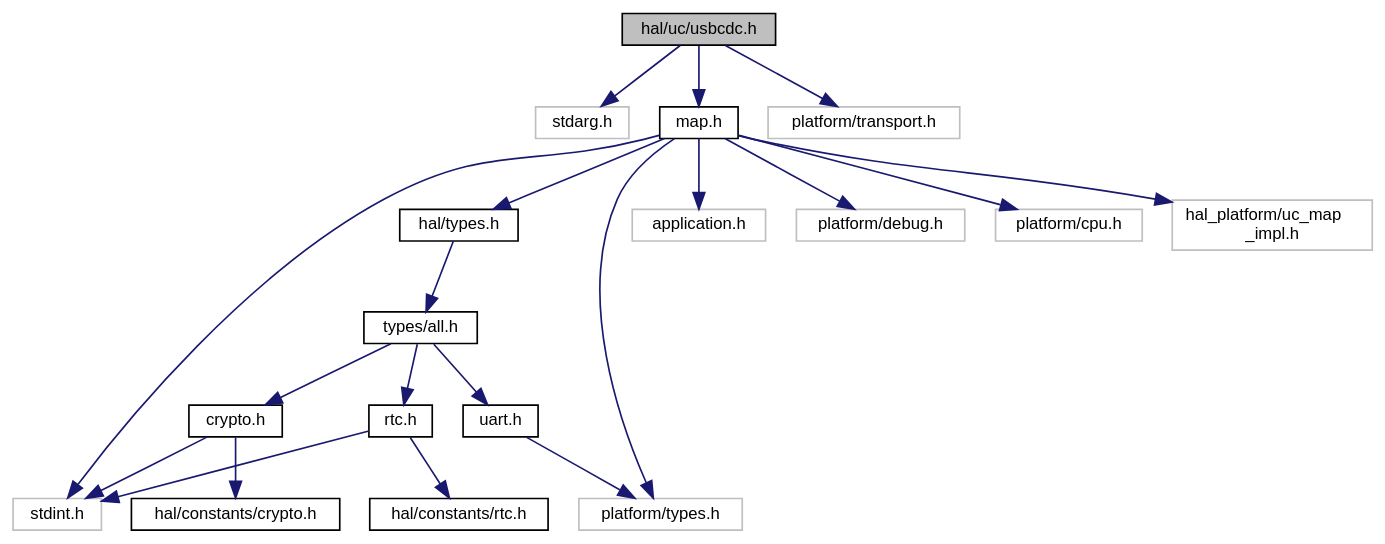
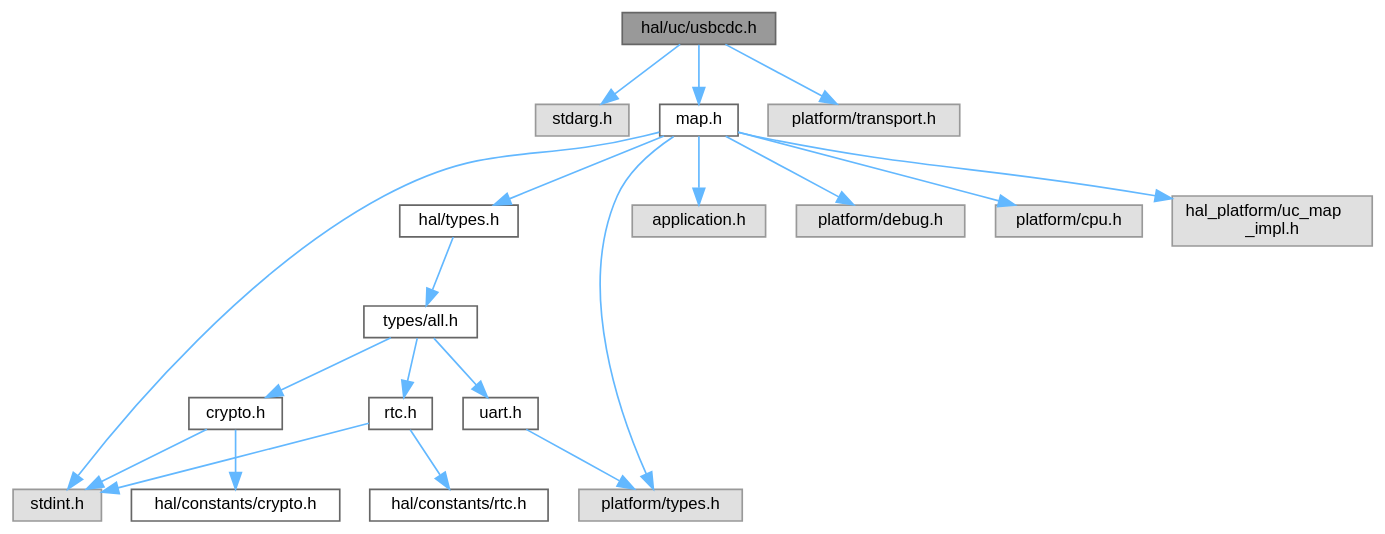
One commit to ebs-universe/piolib-hal-uc changed the diagram in usbcdc_8h__incl.dot. Above: the diagram before and after it, drawn with Graphviz. The commit also changed 565 other files, not shown here.

```diff
--- a/usbcdc_8h__incl.dot
+++ b/usbcdc_8h__incl.dot
@@ -1,44 +1,44 @@
 digraph "hal/uc/usbcdc.h"
 {
  // INTERACTIVE_SVG=YES
  // LATEX_PDF_SIZE
   bgcolor="transparent";
-  edge [fontname="Helvetica",fontsize="10",labelfontname="Helvetica",labelfontsize="10"];
-  node [fontname="Helvetica",fontsize="10",shape=record];
-  Node1 [label="hal/uc/usbcdc.h",height=0.2,width=0.4,color="black", fillcolor="grey75", style="filled", fontcolor="black",tooltip="HAL for USB CDC interface."];
-  Node1 -> Node2 [color="midnightblue",fontsize="10",style="solid",fontname="Helvetica"];
-  Node2 [label="stdarg.h",height=0.2,width=0.4,color="grey75",tooltip=" "];
-  Node1 -> Node3 [color="midnightblue",fontsize="10",style="solid",fontname="Helvetica"];
-  Node3 [label="map.h",height=0.2,width=0.4,color="black",URL="$map_8h.html",tooltip="HAL for uC Peripheral Map."];
-  Node3 -> Node4 [color="midnightblue",fontsize="10",style="solid",fontname="Helvetica"];
-  Node4 [label="stdint.h",height=0.2,width=0.4,color="grey75",tooltip=" "];
-  Node3 -> Node5 [color="midnightblue",fontsize="10",style="solid",fontname="Helvetica"];
-  Node5 [label="platform/types.h",height=0.2,width=0.4,color="grey75",tooltip=" "];
-  Node3 -> Node6 [color="midnightblue",fontsize="10",style="solid",fontname="Helvetica"];
-  Node6 [label="hal/types.h",height=0.2,width=0.4,color="black",URL="$types_8h.html",tooltip=" "];
-  Node6 -> Node7 [color="midnightblue",fontsize="10",style="solid",fontname="Helvetica"];
-  Node7 [label="types/all.h",height=0.2,width=0.4,color="black",URL="$types_2all_8h.html",tooltip=" "];
-  Node7 -> Node8 [color="midnightblue",fontsize="10",style="solid",fontname="Helvetica"];
-  Node8 [label="crypto.h",height=0.2,width=0.4,color="black",URL="$types_2crypto_8h.html",tooltip=" "];
-  Node8 -> Node4 [color="midnightblue",fontsize="10",style="solid",fontname="Helvetica"];
-  Node8 -> Node9 [color="midnightblue",fontsize="10",style="solid",fontname="Helvetica"];
-  Node9 [label="hal/constants/crypto.h",height=0.2,width=0.4,color="black",URL="$constants_2crypto_8h.html",tooltip=" "];
-  Node7 -> Node10 [color="midnightblue",fontsize="10",style="solid",fontname="Helvetica"];
-  Node10 [label="rtc.h",height=0.2,width=0.4,color="black",URL="$types_2rtc_8h.html",tooltip=" "];
-  Node10 -> Node4 [color="midnightblue",fontsize="10",style="solid",fontname="Helvetica"];
-  Node10 -> Node11 [color="midnightblue",fontsize="10",style="solid",fontname="Helvetica"];
-  Node11 [label="hal/constants/rtc.h",height=0.2,width=0.4,color="black",URL="$constants_2rtc_8h.html",tooltip=" "];
-  Node7 -> Node12 [color="midnightblue",fontsize="10",style="solid",fontname="Helvetica"];
-  Node12 [label="uart.h",height=0.2,width=0.4,color="black",URL="$types_2uart_8h.html",tooltip=" "];
-  Node12 -> Node5 [color="midnightblue",fontsize="10",style="solid",fontname="Helvetica"];
-  Node3 -> Node13 [color="midnightblue",fontsize="10",style="solid",fontname="Helvetica"];
-  Node13 [label="application.h",height=0.2,width=0.4,color="grey75",tooltip=" "];
-  Node3 -> Node14 [color="midnightblue",fontsize="10",style="solid",fontname="Helvetica"];
-  Node14 [label="platform/debug.h",height=0.2,width=0.4,color="grey75",tooltip=" "];
-  Node3 -> Node15 [color="midnightblue",fontsize="10",style="solid",fontname="Helvetica"];
-  Node15 [label="platform/cpu.h",height=0.2,width=0.4,color="grey75",tooltip=" "];
-  Node3 -> Node16 [color="midnightblue",fontsize="10",style="solid",fontname="Helvetica"];
-  Node16 [label="hal_platform/uc_map\l_impl.h",height=0.2,width=0.4,color="grey75",tooltip=" "];
-  Node1 -> Node17 [color="midnightblue",fontsize="10",style="solid",fontname="Helvetica"];
-  Node17 [label="platform/transport.h",height=0.2,width=0.4,color="grey75",tooltip=" "];
+  edge [fontname=Helvetica,fontsize=10,labelfontname=Helvetica,labelfontsize=10];
+  node [fontname=Helvetica,fontsize=10,shape=box,height=0.2,width=0.4];
+  Node1 [id="Node000001",label="hal/uc/usbcdc.h",height=0.2,width=0.4,color="gray40", fillcolor="grey60", style="filled", fontcolor="black",tooltip="HAL for USB CDC interface."];
+  Node1 -> Node2 [id="edge1_Node000001_Node000002",color="steelblue1",style="solid",tooltip=" "];
+  Node2 [id="Node000002",label="stdarg.h",height=0.2,width=0.4,color="grey60", fillcolor="#E0E0E0", style="filled",tooltip=" "];
+  Node1 -> Node3 [id="edge2_Node000001_Node000003",color="steelblue1",style="solid",tooltip=" "];
+  Node3 [id="Node000003",label="map.h",height=0.2,width=0.4,color="grey40", fillcolor="white", style="filled",URL="$map_8h.html",tooltip="HAL for uC Peripheral Map."];
+  Node3 -> Node4 [id="edge3_Node000003_Node000004",color="steelblue1",style="solid",tooltip=" "];
+  Node4 [id="Node000004",label="stdint.h",height=0.2,width=0.4,color="grey60", fillcolor="#E0E0E0", style="filled",tooltip=" "];
+  Node3 -> Node5 [id="edge4_Node000003_Node000005",color="steelblue1",style="solid",tooltip=" "];
+  Node5 [id="Node000005",label="platform/types.h",height=0.2,width=0.4,color="grey60", fillcolor="#E0E0E0", style="filled",tooltip=" "];
+  Node3 -> Node6 [id="edge5_Node000003_Node000006",color="steelblue1",style="solid",tooltip=" "];
+  Node6 [id="Node000006",label="hal/types.h",height=0.2,width=0.4,color="grey40", fillcolor="white", style="filled",URL="$types_8h.html",tooltip=" "];
+  Node6 -> Node7 [id="edge6_Node000006_Node000007",color="steelblue1",style="solid",tooltip=" "];
+  Node7 [id="Node000007",label="types/all.h",height=0.2,width=0.4,color="grey40", fillcolor="white", style="filled",URL="$types_2all_8h.html",tooltip=" "];
+  Node7 -> Node8 [id="edge7_Node000007_Node000008",color="steelblue1",style="solid",tooltip=" "];
+  Node8 [id="Node000008",label="crypto.h",height=0.2,width=0.4,color="grey40", fillcolor="white", style="filled",URL="$types_2crypto_8h.html",tooltip=" "];
+  Node8 -> Node4 [id="edge8_Node000008_Node000004",color="steelblue1",style="solid",tooltip=" "];
+  Node8 -> Node9 [id="edge9_Node000008_Node000009",color="steelblue1",style="solid",tooltip=" "];
+  Node9 [id="Node000009",label="hal/constants/crypto.h",height=0.2,width=0.4,color="grey40", fillcolor="white", style="filled",URL="$constants_2crypto_8h.html",tooltip=" "];
+  Node7 -> Node10 [id="edge10_Node000007_Node000010",color="steelblue1",style="solid",tooltip=" "];
+  Node10 [id="Node000010",label="rtc.h",height=0.2,width=0.4,color="grey40", fillcolor="white", style="filled",URL="$types_2rtc_8h.html",tooltip=" "];
+  Node10 -> Node4 [id="edge11_Node000010_Node000004",color="steelblue1",style="solid",tooltip=" "];
+  Node10 -> Node11 [id="edge12_Node000010_Node000011",color="steelblue1",style="solid",tooltip=" "];
+  Node11 [id="Node000011",label="hal/constants/rtc.h",height=0.2,width=0.4,color="grey40", fillcolor="white", style="filled",URL="$constants_2rtc_8h.html",tooltip=" "];
+  Node7 -> Node12 [id="edge13_Node000007_Node000012",color="steelblue1",style="solid",tooltip=" "];
+  Node12 [id="Node000012",label="uart.h",height=0.2,width=0.4,color="grey40", fillcolor="white", style="filled",URL="$types_2uart_8h.html",tooltip=" "];
+  Node12 -> Node5 [id="edge14_Node000012_Node000005",color="steelblue1",style="solid",tooltip=" "];
+  Node3 -> Node13 [id="edge15_Node000003_Node000013",color="steelblue1",style="solid",tooltip=" "];
+  Node13 [id="Node000013",label="application.h",height=0.2,width=0.4,color="grey60", fillcolor="#E0E0E0", style="filled",tooltip=" "];
+  Node3 -> Node14 [id="edge16_Node000003_Node000014",color="steelblue1",style="solid",tooltip=" "];
+  Node14 [id="Node000014",label="platform/debug.h",height=0.2,width=0.4,color="grey60", fillcolor="#E0E0E0", style="filled",tooltip=" "];
+  Node3 -> Node15 [id="edge17_Node000003_Node000015",color="steelblue1",style="solid",tooltip=" "];
+  Node15 [id="Node000015",label="platform/cpu.h",height=0.2,width=0.4,color="grey60", fillcolor="#E0E0E0", style="filled",tooltip=" "];
+  Node3 -> Node16 [id="edge18_Node000003_Node000016",color="steelblue1",style="solid",tooltip=" "];
+  Node16 [id="Node000016",label="hal_platform/uc_map\l_impl.h",height=0.2,width=0.4,color="grey60", fillcolor="#E0E0E0", style="filled",tooltip=" "];
+  Node1 -> Node17 [id="edge19_Node000001_Node000017",color="steelblue1",style="solid",tooltip=" "];
+  Node17 [id="Node000017",label="platform/transport.h",height=0.2,width=0.4,color="grey60", fillcolor="#E0E0E0", style="filled",tooltip=" "];
 }
```
